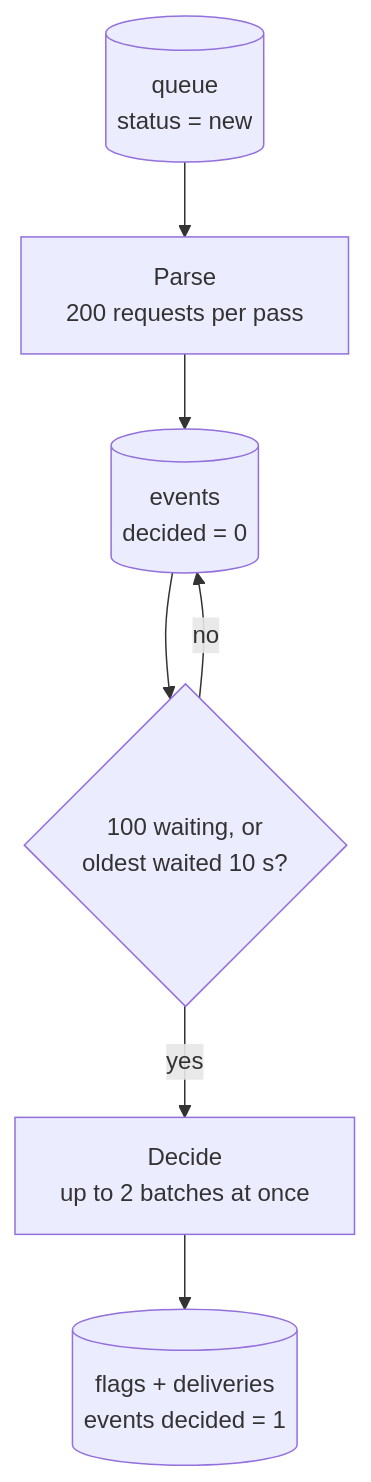
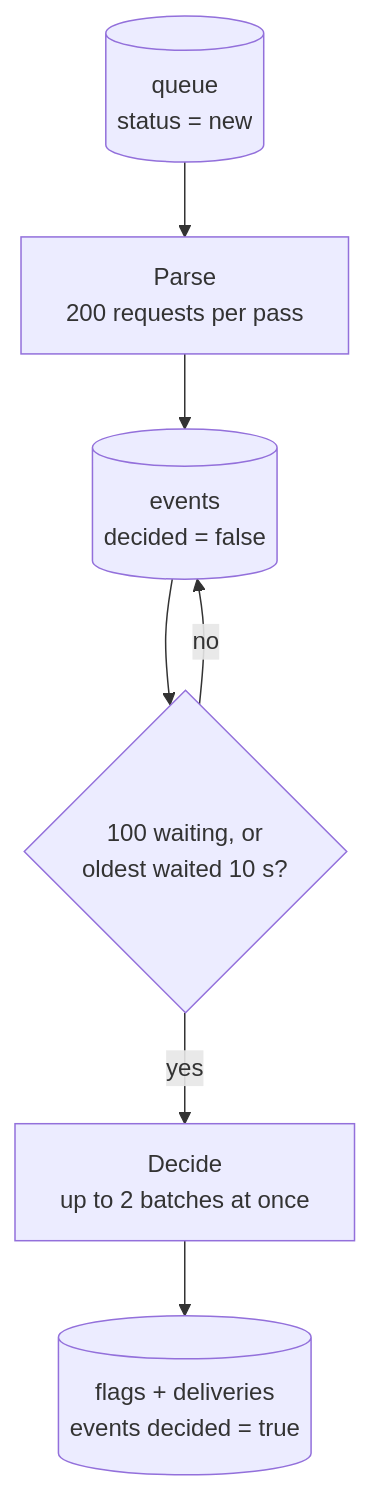
One commit to aosresearch/cloudfriend changed the diagram in docs/architecture/process.md. Above: the diagram before and after it, drawn with Mermaid. The commit also changed other lines of this file and 6 other files, not shown here.

````diff
--- a/docs/architecture/process.md
+++ b/docs/architecture/process.md
@@ -16,9 +16,9 @@
 ```mermaid
 flowchart TB
   queue[("queue<br/>status = new")] --> parse["Parse<br/>200 requests per pass"]
-  parse --> events[("events<br/>decided = 0")]
+  parse --> events[("events<br/>decided = false")]
   events --> ready{"100 waiting, or<br/>oldest waited 10 s?"}
   ready -->|yes| decide["Decide<br/>up to 2 batches at once"]
   ready -->|no| events
-  decide --> flags[("flags + deliveries<br/>events decided = 1")]
+  decide --> flags[("flags + deliveries<br/>events decided = true")]
 ```
````
